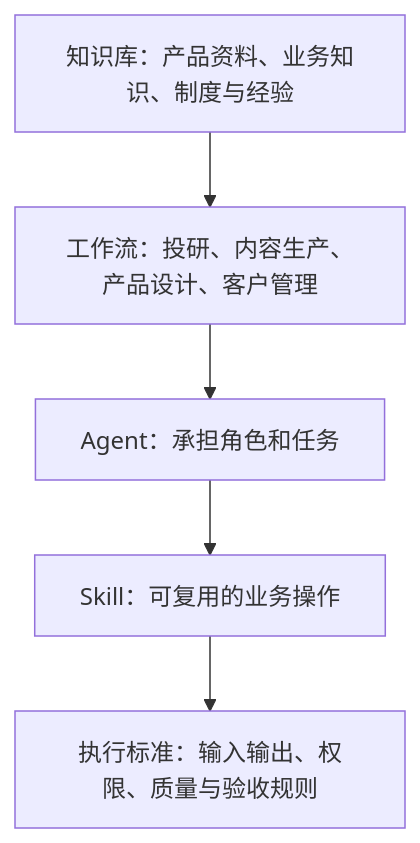
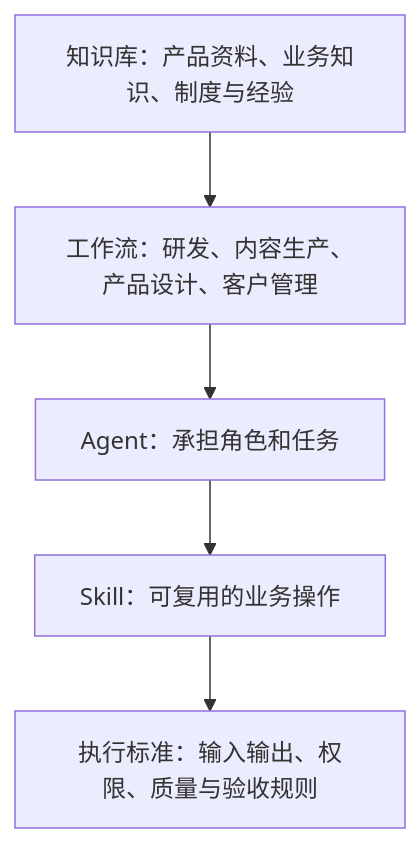
One commit to bundigit9527/AgentForge changed the first of 5 diagrams in docs/architecture.md. Above: the diagram before and after it, drawn with Mermaid. The commit also changed other lines of this file and 16 other files, not shown here.

````diff
--- a/docs/architecture.md
+++ b/docs/architecture.md
@@ -29,9 +29,9 @@
 ```mermaid
 flowchart TB
     K["知识库：产品资料、业务知识、制度与经验"]
-    W["工作流：投研、内容生产、产品设计、客户管理"]
+    W["工作流：研发、内容生产、产品设计、客户管理"]
     A["Agent：承担角色和任务"]
     S["Skill：可复用的业务操作"]
     E["执行标准：输入输出、权限、质量与验收规则"]
     K --> W --> A --> S --> E
 ```
````
